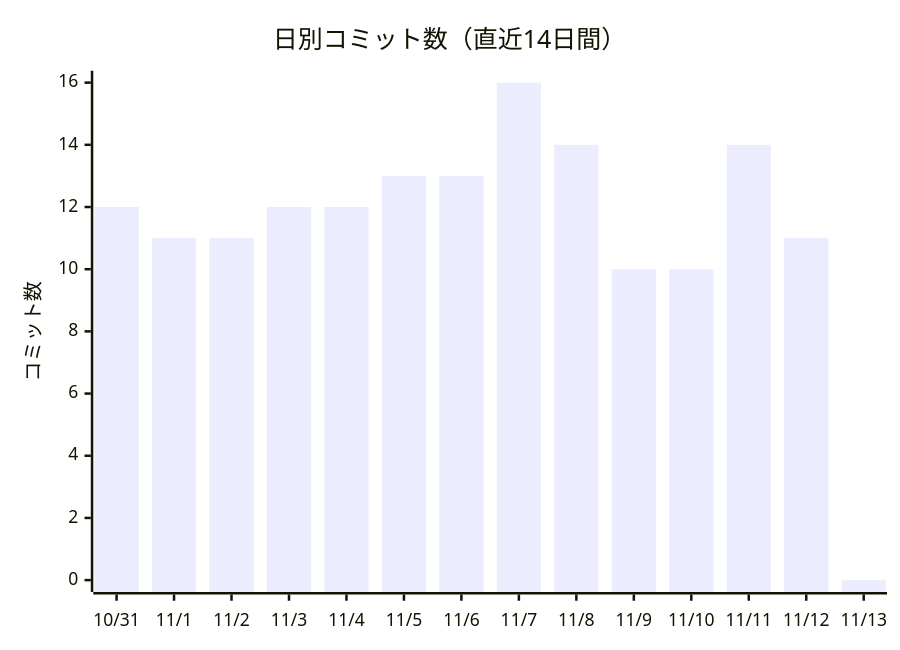
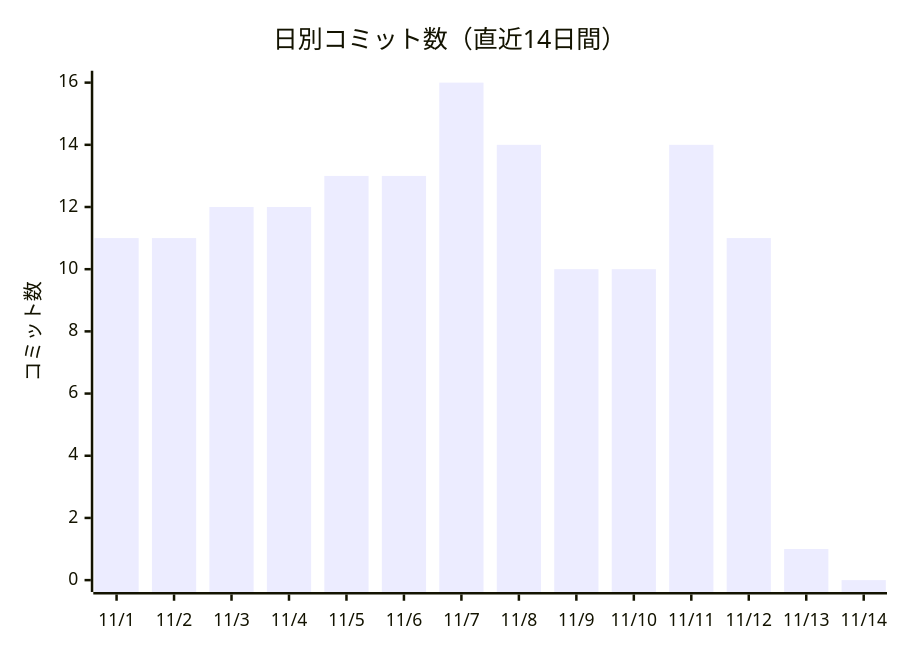
Before and after one commit to non-x2/non-x2: the first of 2 diagrams in docs/進化レポート.md, drawn with Mermaid. The commit also changed other lines of this file and 2 other files, not shown here.

````diff
--- a/docs/進化レポート.md
+++ b/docs/進化レポート.md
@@ -25,7 +25,7 @@
 ```mermaid
 xychart-beta
     title "日別コミット数（直近14日間）"
-    x-axis ["10/31", "11/1", "11/2", "11/3", "11/4", "11/5", "11/6", "11/7", "11/8", "11/9", "11/10", "11/11", "11/12", "11/13"]
+    x-axis ["11/1", "11/2", "11/3", "11/4", "11/5", "11/6", "11/7", "11/8", "11/9", "11/10", "11/11", "11/12", "11/13", "11/14"]
     y-axis "コミット数"
-    bar [12, 11, 11, 12, 12, 13, 13, 16, 14, 10, 10, 14, 11, 0]
+    bar [11, 11, 12, 12, 13, 13, 16, 14, 10, 10, 14, 11, 1, 0]
 ```
````
